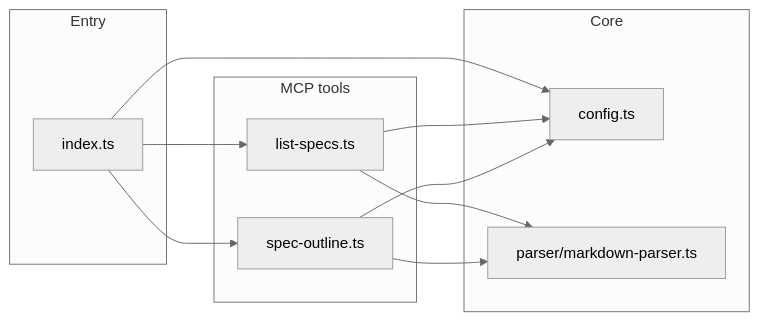
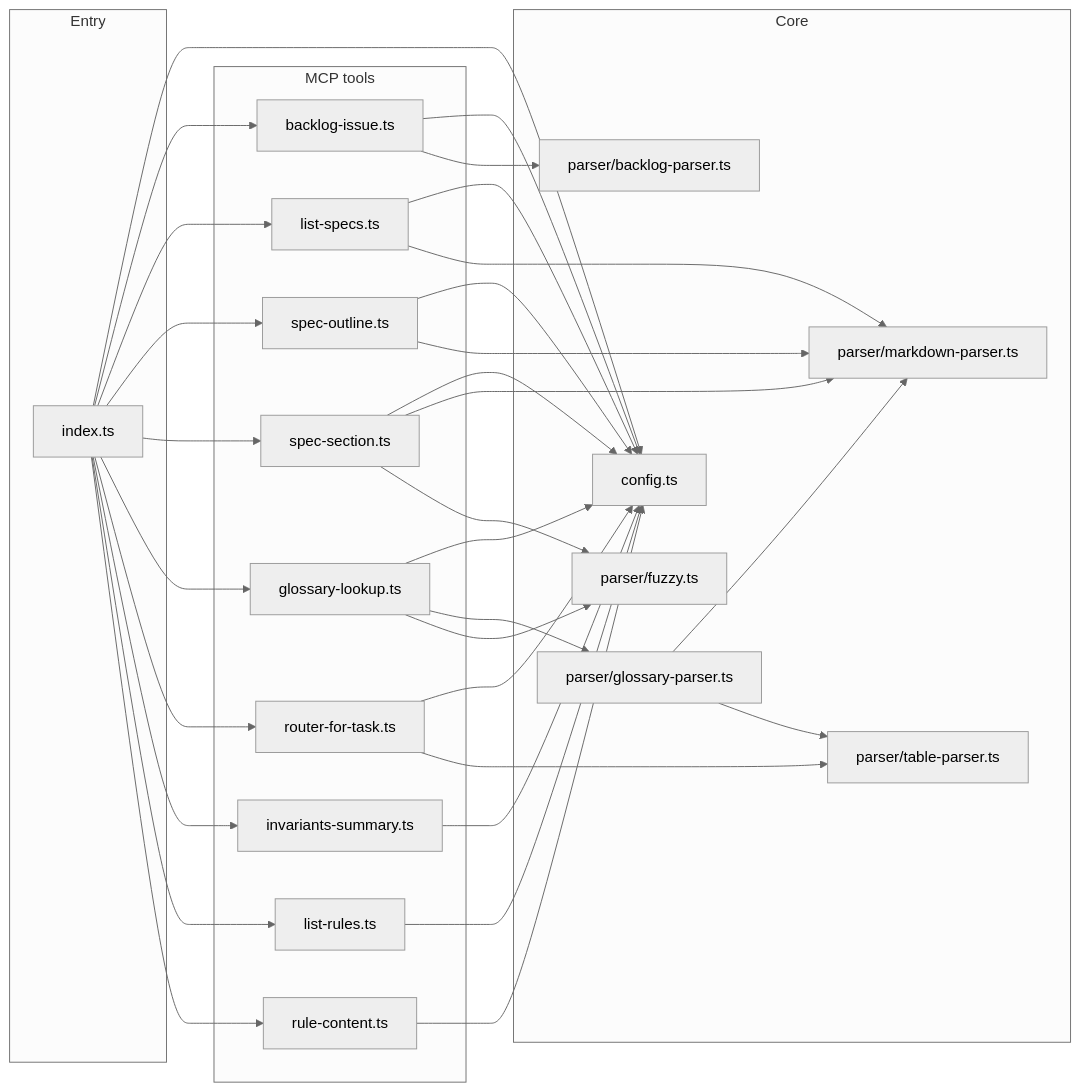
The diagram in tools/mcp-ia-server/README.md (jiramos87/TerritoryDeveloper), drawn with Mermaid (neutral theme) before and after one commit. The commit also changed other lines of this file and 36 other files, not shown here.

````diff
--- a/tools/mcp-ia-server/README.md
+++ b/tools/mcp-ia-server/README.md
@@ -44,21 +66,54 @@
 ```mermaid
 flowchart LR
   subgraph entry [Entry]
     IDX[index.ts]
   end
   subgraph core [Core]
     CFG[config.ts]
     PAR[parser/markdown-parser.ts]
+    FZ[parser/fuzzy.ts]
+    TP[parser/table-parser.ts]
+    GP[parser/glossary-parser.ts]
+    BKP[parser/backlog-parser.ts]
   end
   subgraph mcp [MCP tools]
+    BI[backlog-issue.ts]
     LS[list-specs.ts]
     SO[spec-outline.ts]
+    SS[spec-section.ts]
+    GL[glossary-lookup.ts]
+    RF[router-for-task.ts]
+    IS[invariants-summary.ts]
+    LR[list-rules.ts]
+    RC[rule-content.ts]
   end
   IDX --> CFG
+  IDX --> BI
   IDX --> LS
   IDX --> SO
+  IDX --> SS
+  IDX --> GL
+  IDX --> RF
+  IDX --> IS
+  IDX --> LR
+  IDX --> RC
   LS --> CFG
   LS --> PAR
   SO --> CFG
   SO --> PAR
+  SS --> CFG
+  SS --> PAR
+  SS --> FZ
+  GL --> CFG
+  GL --> GP
+  GL --> FZ
+  RF --> CFG
+  RF --> TP
+  IS --> CFG
+  LR --> CFG
+  RC --> CFG
+  BI --> CFG
+  BI --> BKP
+  GP --> PAR
+  GP --> TP
 ```
````
